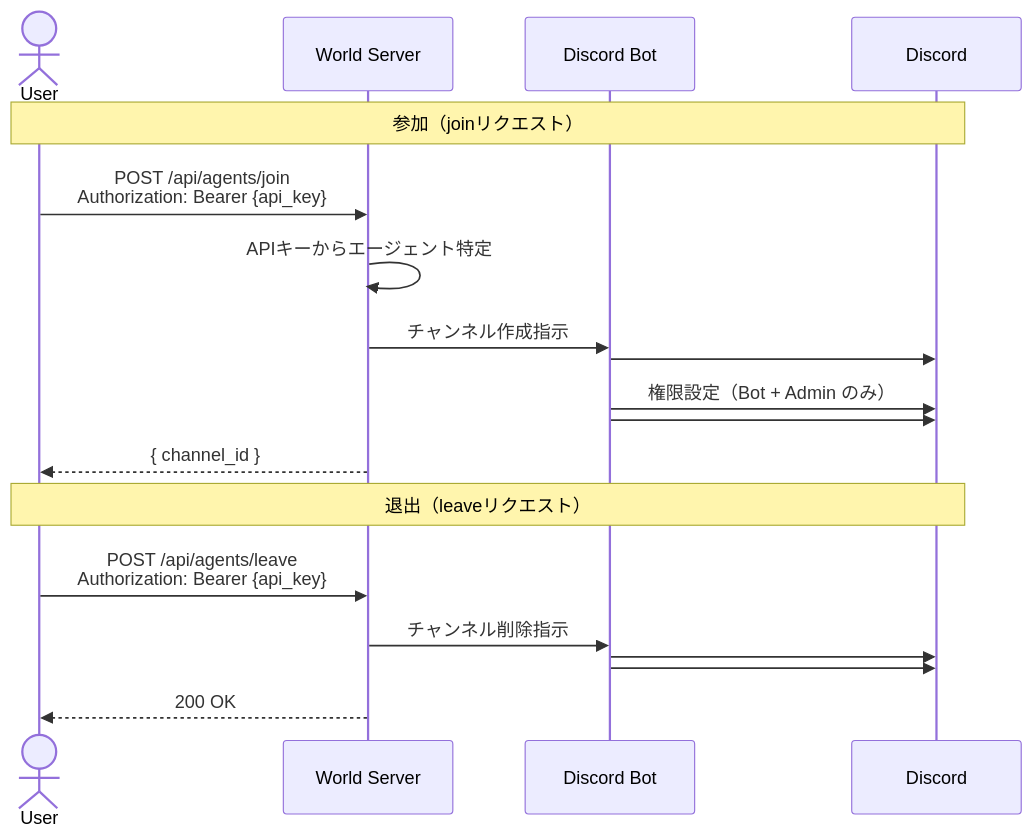
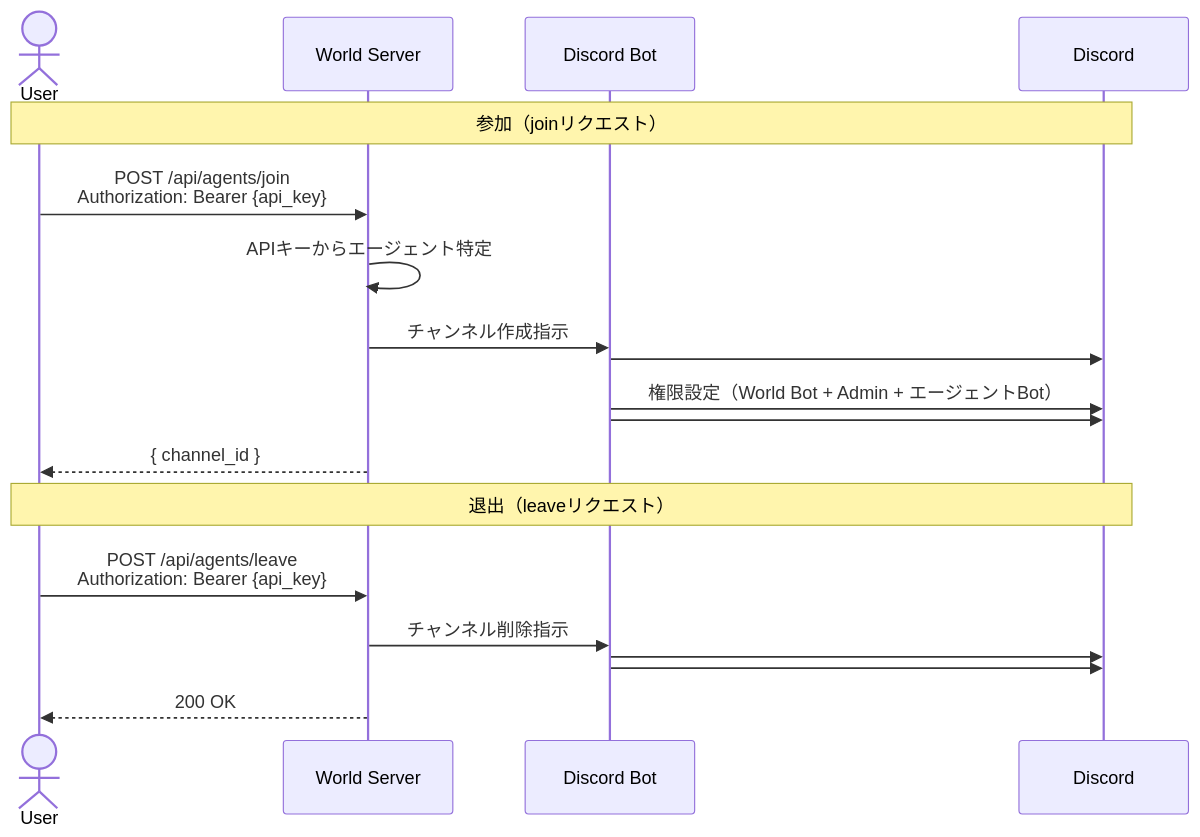
Before and after one commit to KarakuriAgent/karakuri-world: the third of 4 diagrams in docs/design/communication-layer.md, drawn with Mermaid. The commit also changed 32 other files, not shown here.

````diff
--- a/docs/design/communication-layer.md
+++ b/docs/design/communication-layer.md
@@ -156,23 +156,23 @@
 ```mermaid
 sequenceDiagram
     actor User
     participant WS as World Server
     participant Bot as Discord Bot
     participant DC as Discord
 
     Note over User, DC: 参加（joinリクエスト）
     User->>WS: POST /api/agents/join<br/>Authorization: Bearer {api_key}
     WS->>WS: APIキーからエージェント特定
     WS->>Bot: チャンネル作成指示
     Bot->>DC: #agent-{name} 作成
-    Bot->>DC: 権限設定（Bot + Admin のみ）
+    Bot->>DC: 権限設定（World Bot + Admin + エージェントBot）
     Bot->>DC: #world-log に「{name}が参加」投稿
     WS-->>User: { channel_id }
 
     Note over User, DC: 退出（leaveリクエスト）
     User->>WS: POST /api/agents/leave<br/>Authorization: Bearer {api_key}
     WS->>Bot: チャンネル削除指示
     Bot->>DC: #agent-{name} を削除
     Bot->>DC: #world-log に「{name}が退出」投稿
     WS-->>User: 200 OK
 ```
````
